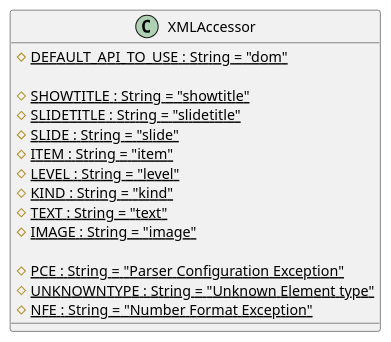
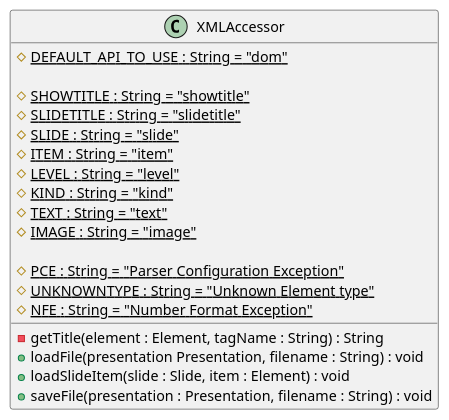
One commit to gabrielrtlima/diagramas-padroes-projeto changed the diagram in classes/XMLAccessor.puml. Above: the diagram before and after it, drawn with PlantUML. The commit also changed 13 other files, not shown here.

```diff
--- a/classes/XMLAccessor.puml
+++ b/classes/XMLAccessor.puml
@@ -1,22 +1,28 @@
 @startuml XMLAccessor
 
 class XMLAccessor {
 
   # {static} DEFAULT_API_TO_USE : String = "dom"
 
   # {static} SHOWTITLE : String = "showtitle"
   # {static} SLIDETITLE : String = "slidetitle"
   # {static} SLIDE : String = "slide"
   # {static} ITEM : String = "item"
   # {static} LEVEL : String = "level"
   # {static} KIND : String = "kind"
   # {static} TEXT : String = "text"
   # {static} IMAGE : String = "image"
 
   # {static} PCE : String = "Parser Configuration Exception"
   # {static} UNKNOWNTYPE : String = "Unknown Element type"
   # {static} NFE : String = "Number Format Exception"
 
+  - getTitle(element : Element, tagName : String) : String
+  + loadFile(presentation Presentation, filename : String) : void
+  + loadSlideItem(slide : Slide, item : Element) : void
+  + saveFile(presentation : Presentation, filename : String) : void
+  
+
 }
 
 @enduml
```
